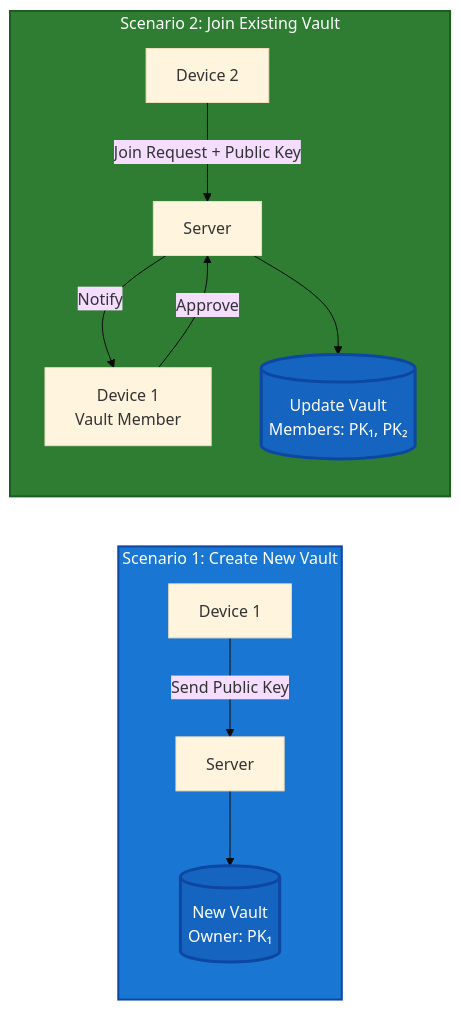
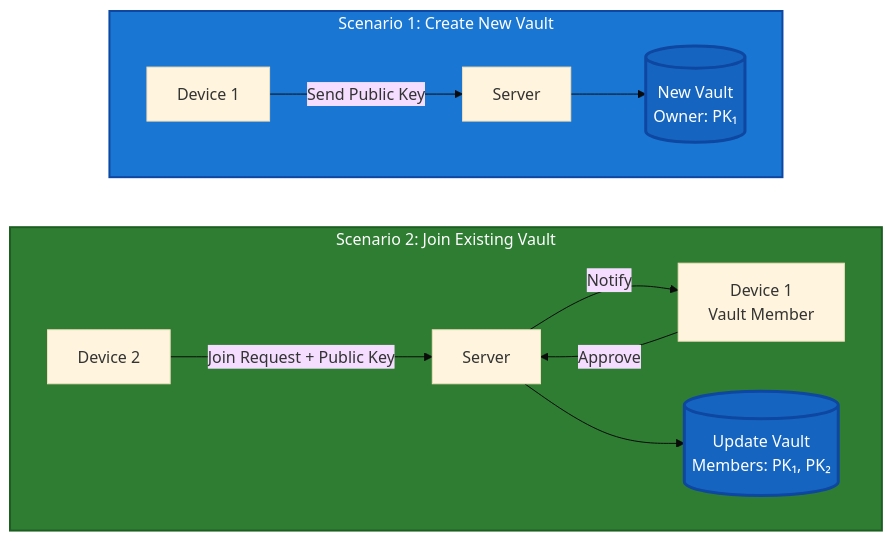
Before and after one commit to meta-secret/meta-secret-core: the fifth of 11 diagrams in docs/meta-secret-technical-presentation.md, drawn with Mermaid (base theme).

Commit message:
improvements

````diff
--- a/docs/meta-secret-technical-presentation.md
+++ b/docs/meta-secret-technical-presentation.md
@@ -314,19 +314,21 @@
 ```mermaid
-flowchart LR
-    subgraph CREATE["Scenario 1: Create New Vault"]
-        D1[Device 1] -->|Send Public Key| S1[Server]
-        S1 --> V1[(New Vault<br/>Owner: PK₁)]
-    end
-    
+flowchart RL
     subgraph JOIN["Scenario 2: Join Existing Vault"]
+        direction LR
         D2[Device 2] -->|Join Request + Public Key| S2[Server]
         S2 -->|Notify| D1B[Device 1<br/>Vault Member]
         D1B -->|Approve| S2
         S2 --> V2[(Update Vault<br/>Members: PK₁, PK₂)]
+    end
+
+    subgraph CREATE["Scenario 1: Create New Vault"]
+        direction LR
+        D1[Device 1] -->|Send Public Key| S1[Server]
+        S1 --> V1[(New Vault<br/>Owner: PK₁)]
     end
     
     style V1 fill:#1565c0,color:#fff,stroke:#0d47a1,stroke-width:3px
     style V2 fill:#1565c0,color:#fff,stroke:#0d47a1,stroke-width:3px
     style CREATE fill:#1976d2,color:#fff,stroke:#0d47a1,stroke-width:2px
     style JOIN fill:#2e7d32,color:#fff,stroke:#1b5e20,stroke-width:2px
 ```
````
